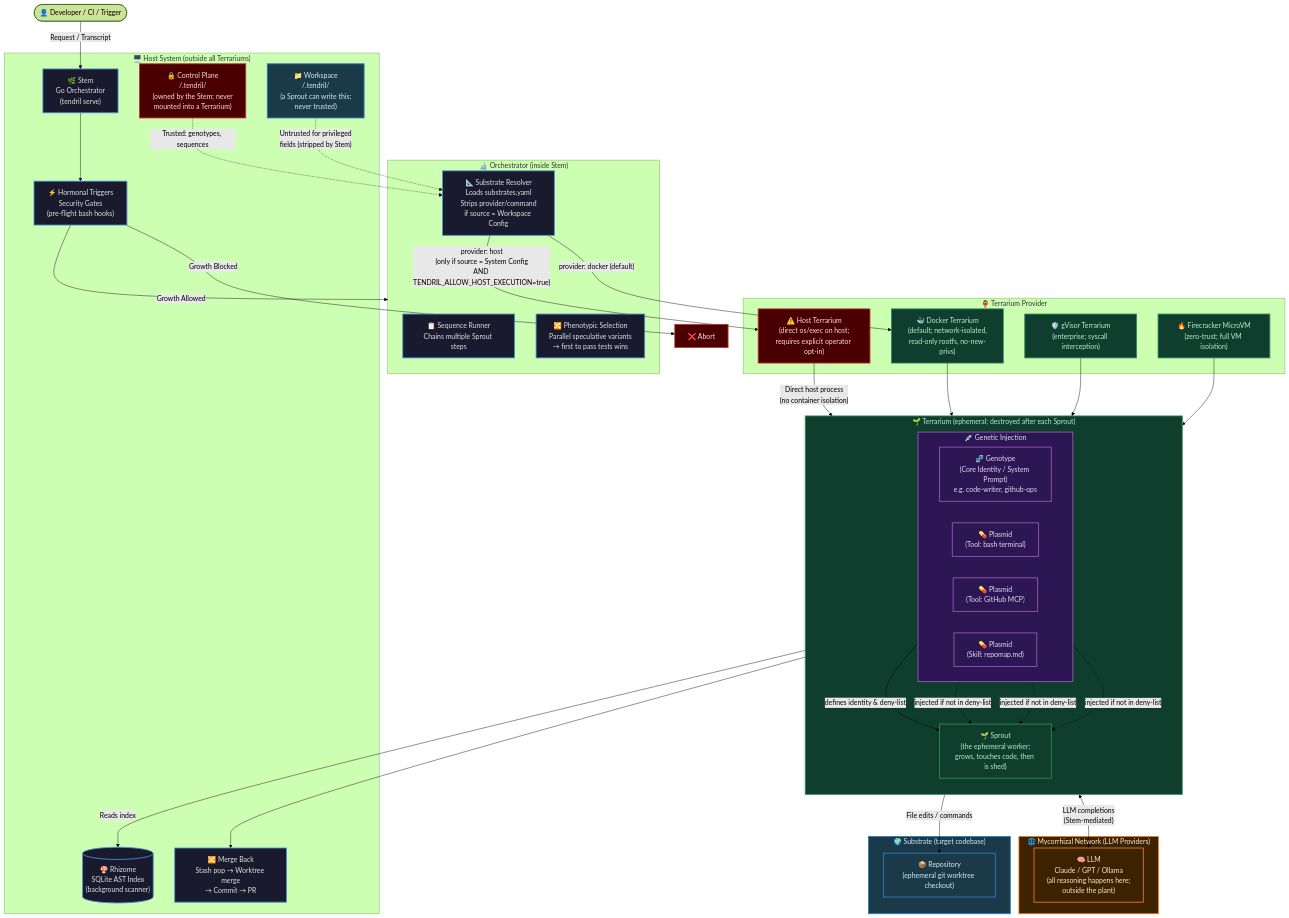
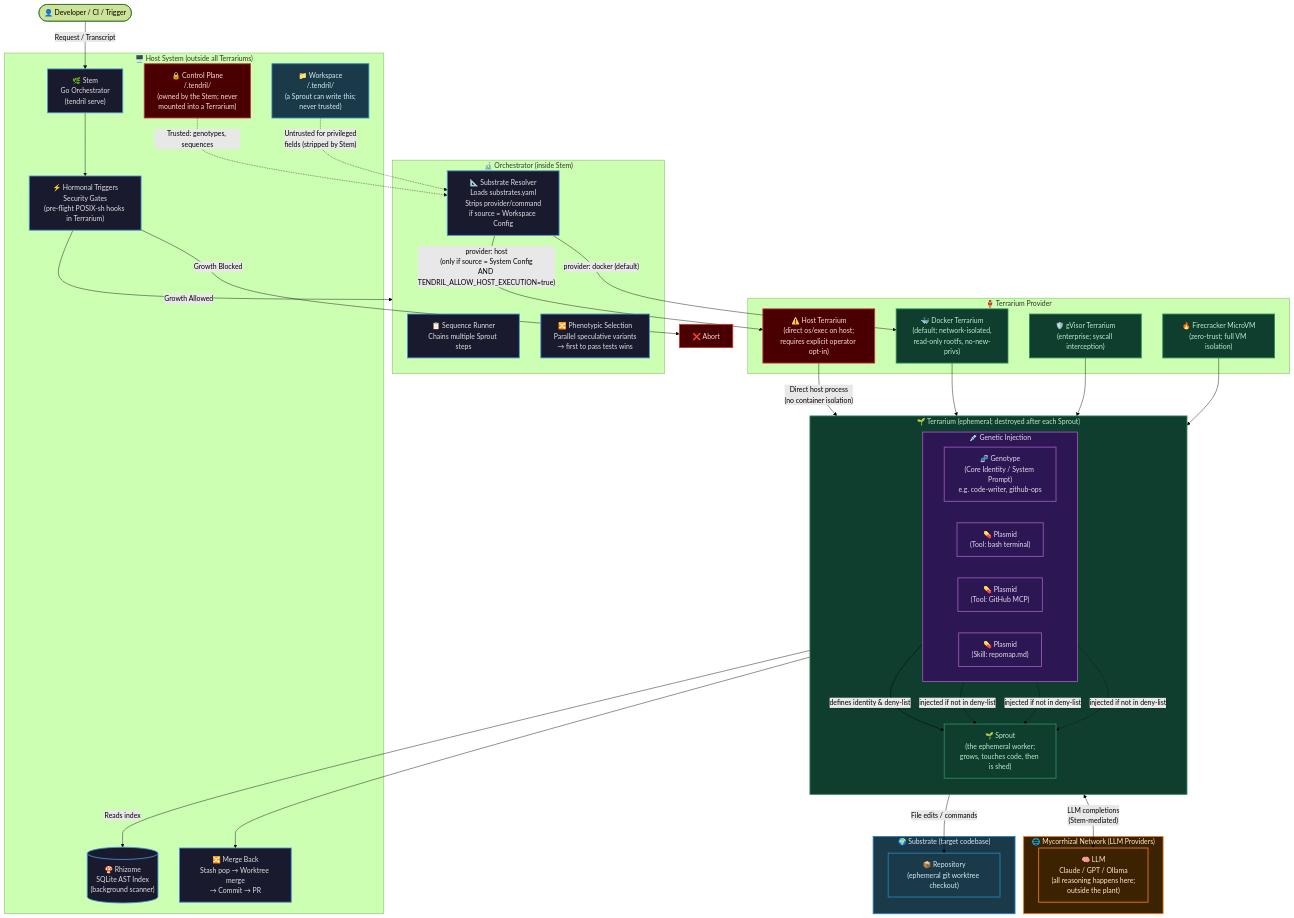
One commit to opentendril/opentendril changed the first of 3 diagrams in docs/ARCHITECTURE-TAXONOMY.md. Above: the diagram before and after it, drawn with Mermaid (forest theme). The commit also changed other lines of this file and 4 other files, not shown here.

```diff
--- a/docs/ARCHITECTURE-TAXONOMY.md
+++ b/docs/ARCHITECTURE-TAXONOMY.md
@@ -21,7 +21,7 @@
 
     subgraph HostSystem ["🖥️  Host System  (outside all Terrariums)"]
         Stem["🌿 Stem\nGo Orchestrator\n(tendril serve)"]
-        HT["⚡ Hormonal Triggers\nSecurity Gates\n(pre-flight bash hooks)"]
+        HT["⚡ Hormonal Triggers\nSecurity Gates\n(pre-flight POSIX-sh hooks in Terrarium)"]
         Rhizome[("🍄 Rhizome\nSQLite AST Index\n(background scanner)")]
         ControlPlane["🔒 Control Plane\n<Stem working dir>/.tendril/\n(owned by the Stem; never\nmounted into a Terrarium)"]
         WorkspaceConf["📁 Workspace\n<checkout>/.tendril/\n(a Sprout can write this;\nnever trusted)"]
```
